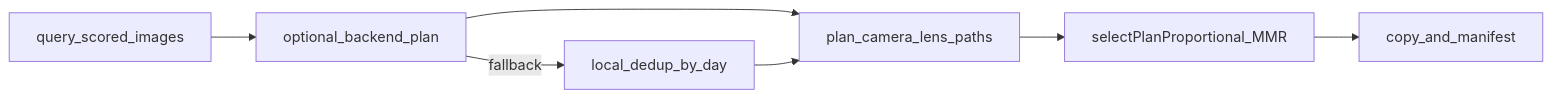
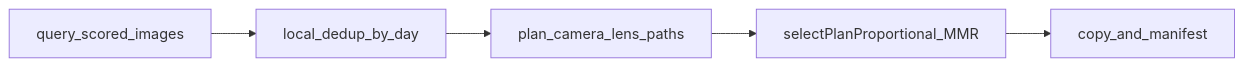
The diagram in docs/architecture/backup-feature.md (synthet/image-scoring-gallery), drawn with Mermaid before and after one commit. The commit also changed other lines of this file and 33 other files, not shown here.

````diff
--- a/docs/architecture/backup-feature.md
+++ b/docs/architecture/backup-feature.md
@@ -11,14 +11,11 @@
 ```mermaid
 flowchart LR
   query[query_scored_images]
-  backendPlan[optional_backend_plan]
   dedup[local_dedup_by_day]
   layout[plan_camera_lens_paths]
   space[selectPlanProportional_MMR]
   copy[copy_and_manifest]
-  query --> backendPlan
-  backendPlan -->|fallback| dedup
-  backendPlan --> layout
+  query --> dedup
   dedup --> layout
   layout --> space --> copy
 ```
````
